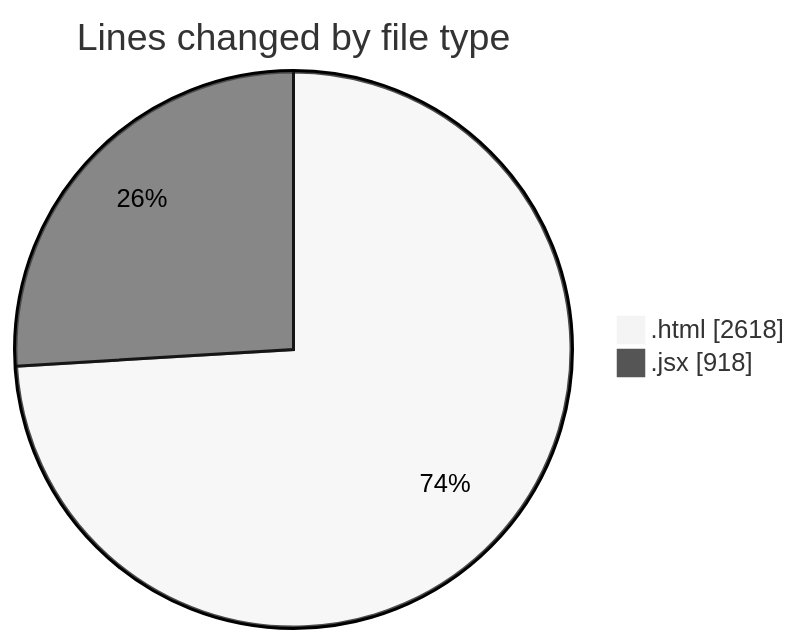
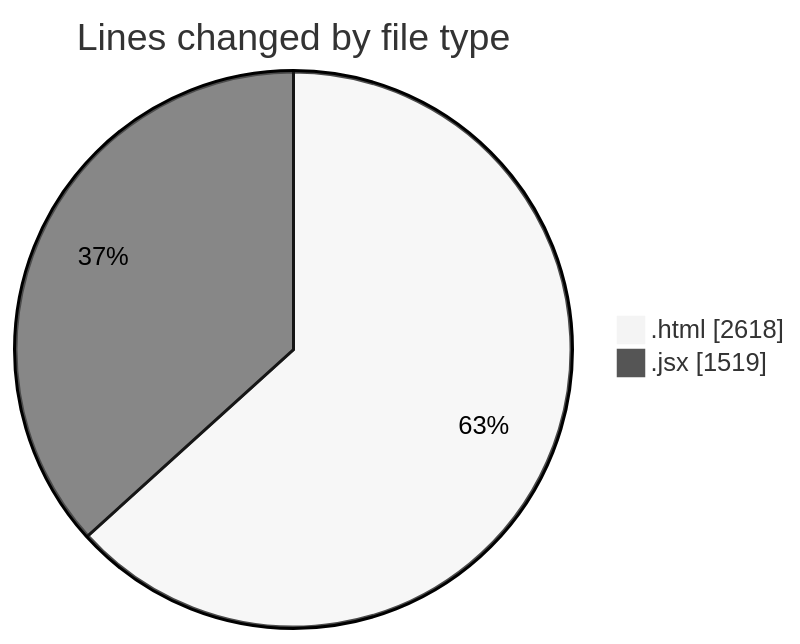
One commit to nxtqubesakshisongat/code-tracking changed the first of 2 diagrams in 2025-08-08/nxtqube_webapp/README.md. Above: the diagram before and after it, drawn with Mermaid (neutral theme). The commit also changed other lines of this file and 1 other file, not shown here.

````diff
--- a/2025-08-08/nxtqube_webapp/README.md
+++ b/2025-08-08/nxtqube_webapp/README.md
@@ -21,6 +22,6 @@
 ```mermaid
 pie showData
 title Lines changed by file type
 ".html" : 2618
-".jsx" : 918
+".jsx" : 1519
 ```
````
